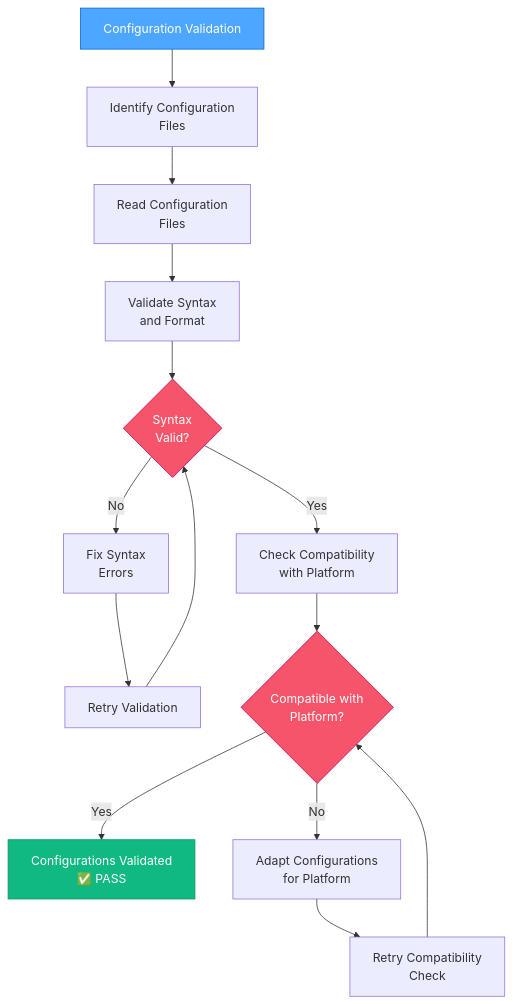
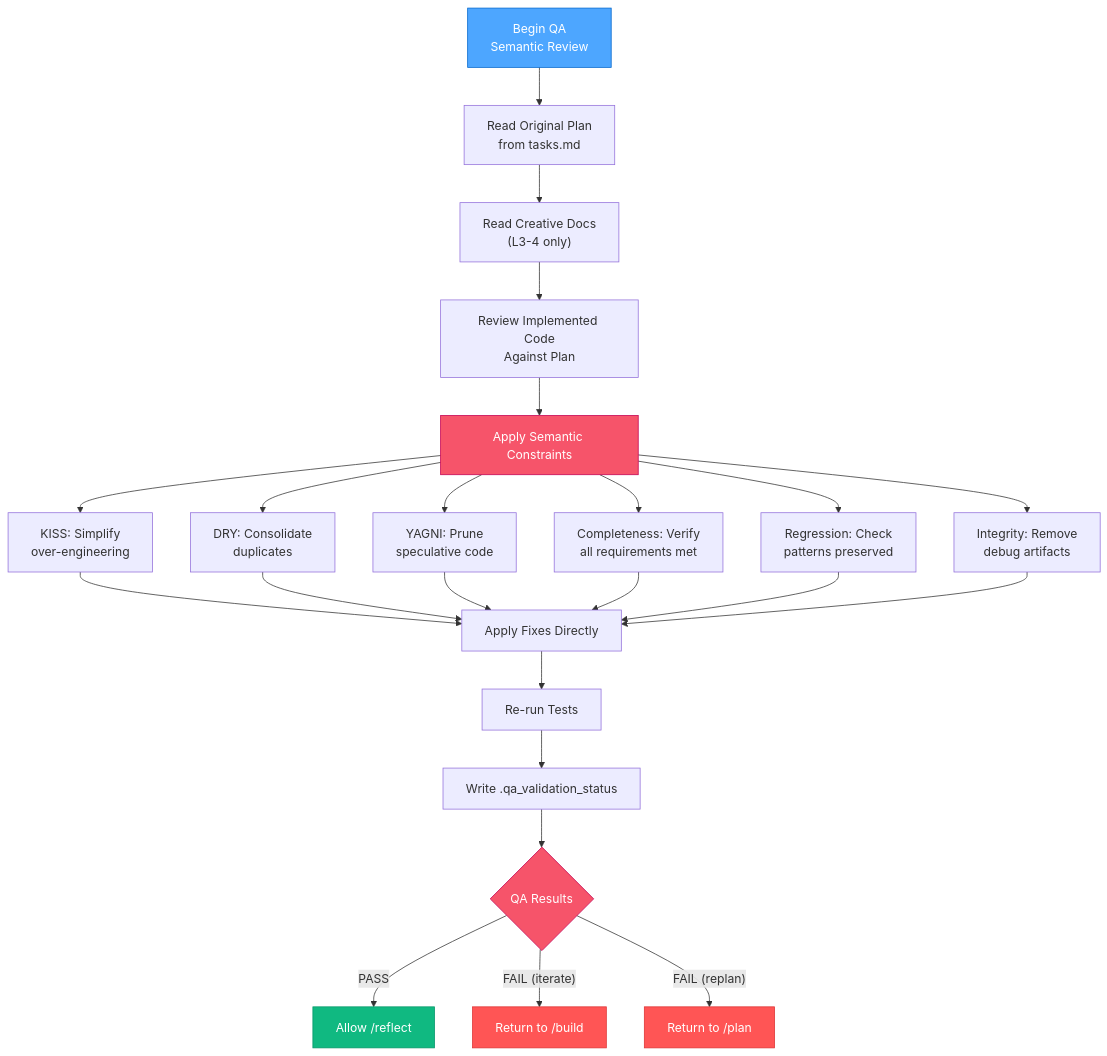
The ninth of 9 diagrams in rulesets/niko/niko/visual-maps/van-mode-map.mdc (Texarkanine/.cursor-rules), drawn with Mermaid before and after one commit. The commit also changed other lines of this file and 22 other files, not shown here.

````diff
--- a/rulesets/niko/niko/visual-maps/van-mode-map.mdc
+++ b/rulesets/niko/niko/visual-maps/van-mode-map.mdc
@@ -467,23 +325,30 @@
 ```mermaid
 graph TD
-    Start["Configuration Validation"] --> IdentifyConfigs["Identify Configuration<br>Files"]
-    IdentifyConfigs --> ReadConfigs["Read Configuration<br>Files"]
-    ReadConfigs --> ValidateSyntax["Validate Syntax<br>and Format"]
-    ValidateSyntax --> SyntaxStatus{"Syntax<br>Valid?"}
-    
-    SyntaxStatus -->|"Yes"| CheckCompatibility["Check Compatibility<br>with Platform"]
-    SyntaxStatus -->|"No"| FixSyntax["Fix Syntax<br>Errors"]
-    FixSyntax --> RetryValidate["Retry Validation"]
-    RetryValidate --> SyntaxStatus
-    
-    CheckCompatibility --> CompatStatus{"Compatible with<br>Platform?"}
-    CompatStatus -->|"Yes"| ConfigSuccess["Configurations Validated<br>✅ PASS"]
-    CompatStatus -->|"No"| AdaptConfigs["Adapt Configurations<br>for Platform"]
-    AdaptConfigs --> RetryCompat["Retry Compatibility<br>Check"]
-    RetryCompat --> CompatStatus
-    
+    Start["Begin QA<br>Semantic Review"] --> ReadPlan["Read Original Plan<br>from tasks.md"]
+    ReadPlan --> ReadCreative["Read Creative Docs<br>(L3-4 only)"]
+    ReadCreative --> ReviewCode["Review Implemented Code<br>Against Plan"]
+    ReviewCode --> ApplyConstraints["Apply Semantic Constraints"]
+
+    ApplyConstraints --> KISS["KISS: Simplify<br>over-engineering"]
+    ApplyConstraints --> DRY["DRY: Consolidate<br>duplicates"]
+    ApplyConstraints --> YAGNI["YAGNI: Prune<br>speculative code"]
+    ApplyConstraints --> Completeness["Completeness: Verify<br>all requirements met"]
+    ApplyConstraints --> Regression["Regression: Check<br>patterns preserved"]
+    ApplyConstraints --> Integrity["Integrity: Remove<br>debug artifacts"]
+
+    KISS & DRY & YAGNI & Completeness & Regression & Integrity --> ApplyFixes["Apply Fixes Directly"]
+    ApplyFixes --> ReTest["Re-run Tests"]
+    ReTest --> WriteStatus["Write .qa_validation_status"]
+    WriteStatus --> QAResults{"QA Results"}
+
+    QAResults -->|"PASS"| AllowReflect2["Allow /reflect"]
+    QAResults -->|"FAIL (iterate)"| ReturnBuild2["Return to /build"]
+    QAResults -->|"FAIL (replan)"| ReturnPlan2["Return to /plan"]
+
     style Start fill:#4da6ff,stroke:#0066cc,color:white
-    style ConfigSuccess fill:#10b981,stroke:#059669,color:white
-    style SyntaxStatus fill:#f6546a,stroke:#c30052,color:white
-    style CompatStatus fill:#f6546a,stroke:#c30052,color:white
-``` 
+    style ApplyConstraints fill:#f6546a,stroke:#c30052,color:white
+    style QAResults fill:#f6546a,stroke:#c30052,color:white
+    style AllowReflect2 fill:#10b981,stroke:#059669,color:white
+    style ReturnBuild2 fill:#ff5555,stroke:#dd3333,color:white
+    style ReturnPlan2 fill:#ff5555,stroke:#dd3333,color:white
+```
````
